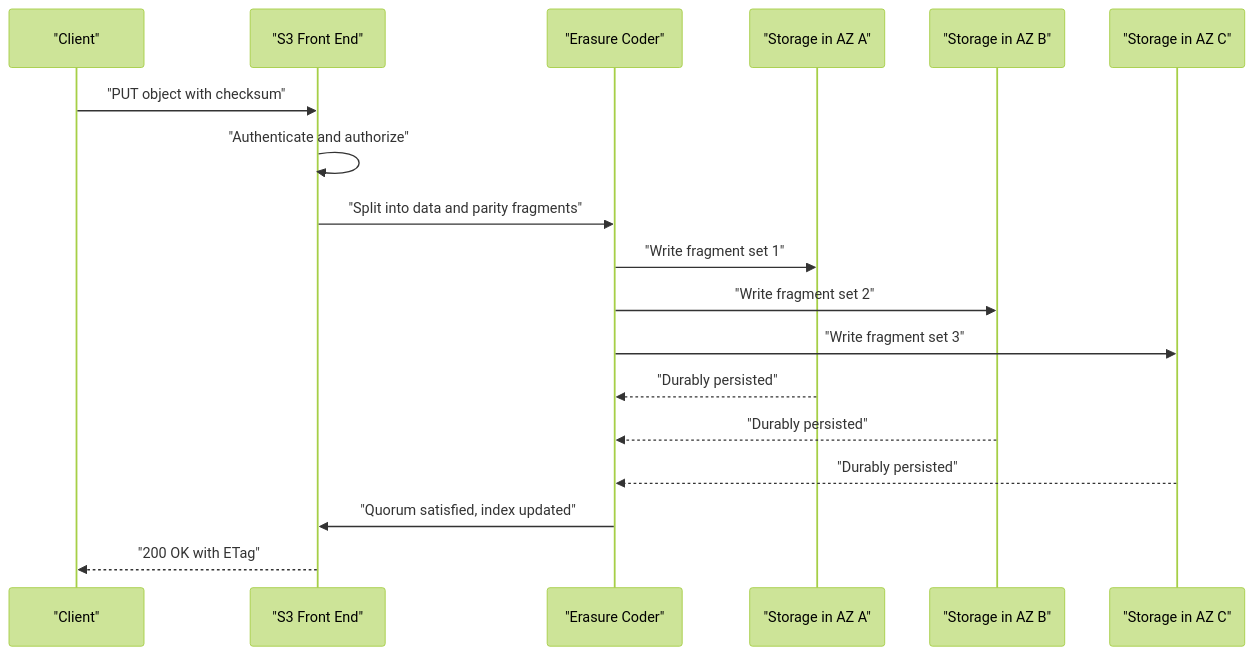
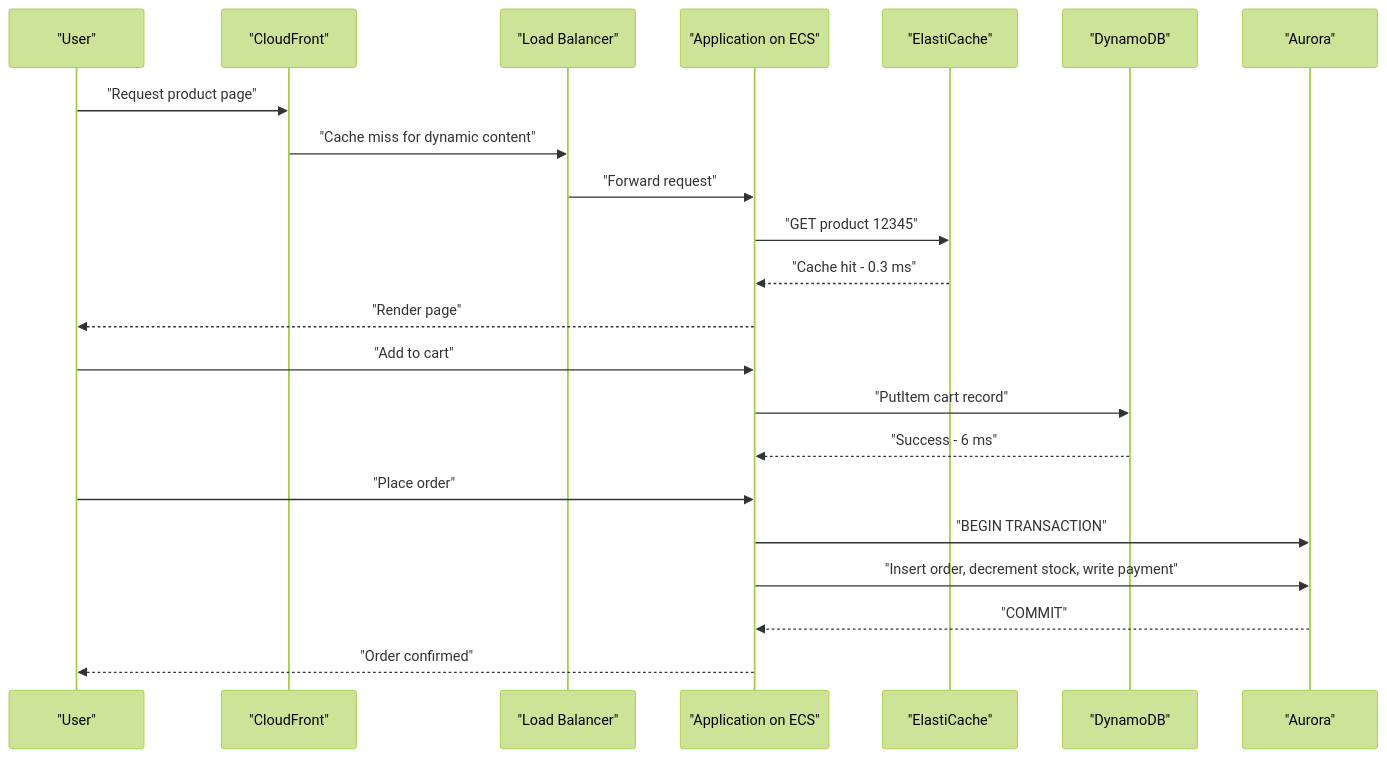
One commit to norbutlepcha25/dso303 changed the fourth of 35 diagrams in docs/unit1/topic5.md. Above: the diagram before and after it, drawn with Mermaid (forest theme). The commit also changed other lines of this file and 945 other files, not shown here.

````diff
--- a/docs/unit1/topic5.md
+++ b/docs/unit1/topic5.md
@@ -365,20 +227,24 @@
 ```mermaid
 sequenceDiagram
-    participant C as "Client"
-    participant FE as "S3 Front End"
-    participant EC as "Erasure Coder"
-    participant AZ1 as "Storage in AZ A"
-    participant AZ2 as "Storage in AZ B"
-    participant AZ3 as "Storage in AZ C"
-    C->>FE: "PUT object with checksum"
-    FE->>FE: "Authenticate and authorize"
-    FE->>EC: "Split into data and parity fragments"
-    EC->>AZ1: "Write fragment set 1"
-    EC->>AZ2: "Write fragment set 2"
-    EC->>AZ3: "Write fragment set 3"
-    AZ1-->>EC: "Durably persisted"
-    AZ2-->>EC: "Durably persisted"
-    AZ3-->>EC: "Durably persisted"
-    EC->>FE: "Quorum satisfied, index updated"
-    FE-->>C: "200 OK with ETag"
+    participant U as "User"
+    participant CF as "CloudFront"
+    participant ALB as "Load Balancer"
+    participant APP as "Application on ECS"
+    participant EC as "ElastiCache"
+    participant DDB as "DynamoDB"
+    participant RDS as "Aurora"
+    U->>CF: "Request product page"
+    CF->>ALB: "Cache miss for dynamic content"
+    ALB->>APP: "Forward request"
+    APP->>EC: "GET product 12345"
+    EC-->>APP: "Cache hit - 0.3 ms"
+    APP-->>U: "Render page"
+    U->>APP: "Add to cart"
+    APP->>DDB: "PutItem cart record"
+    DDB-->>APP: "Success - 6 ms"
+    U->>APP: "Place order"
+    APP->>RDS: "BEGIN TRANSACTION"
+    APP->>RDS: "Insert order, decrement stock, write payment"
+    RDS-->>APP: "COMMIT"
+    APP-->>U: "Order confirmed"
 ```
````
